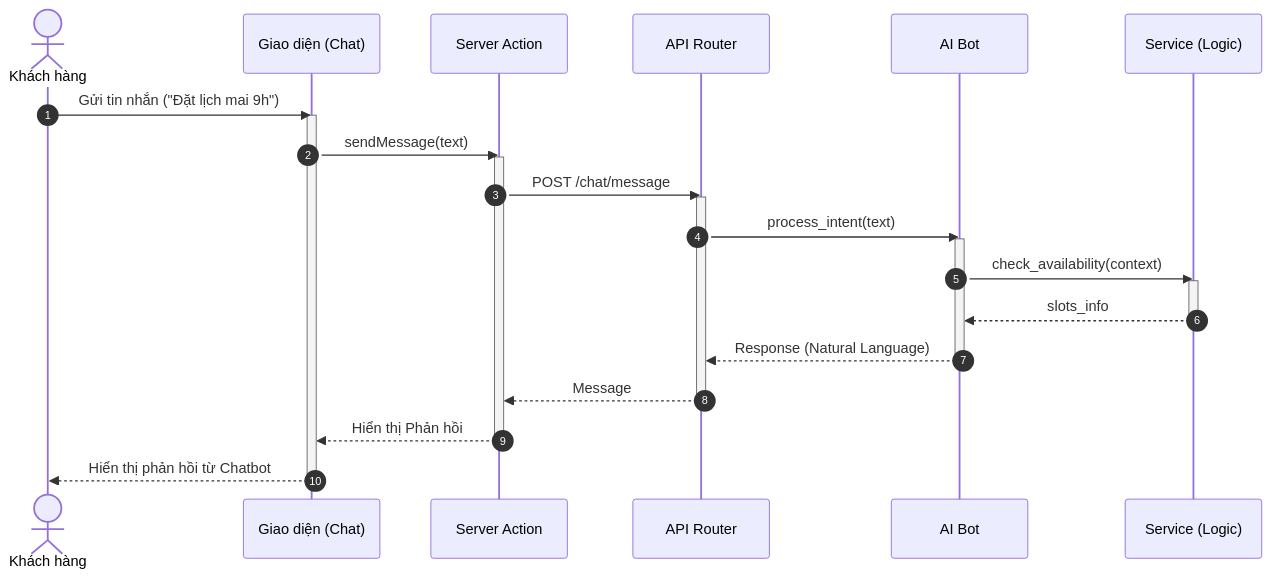
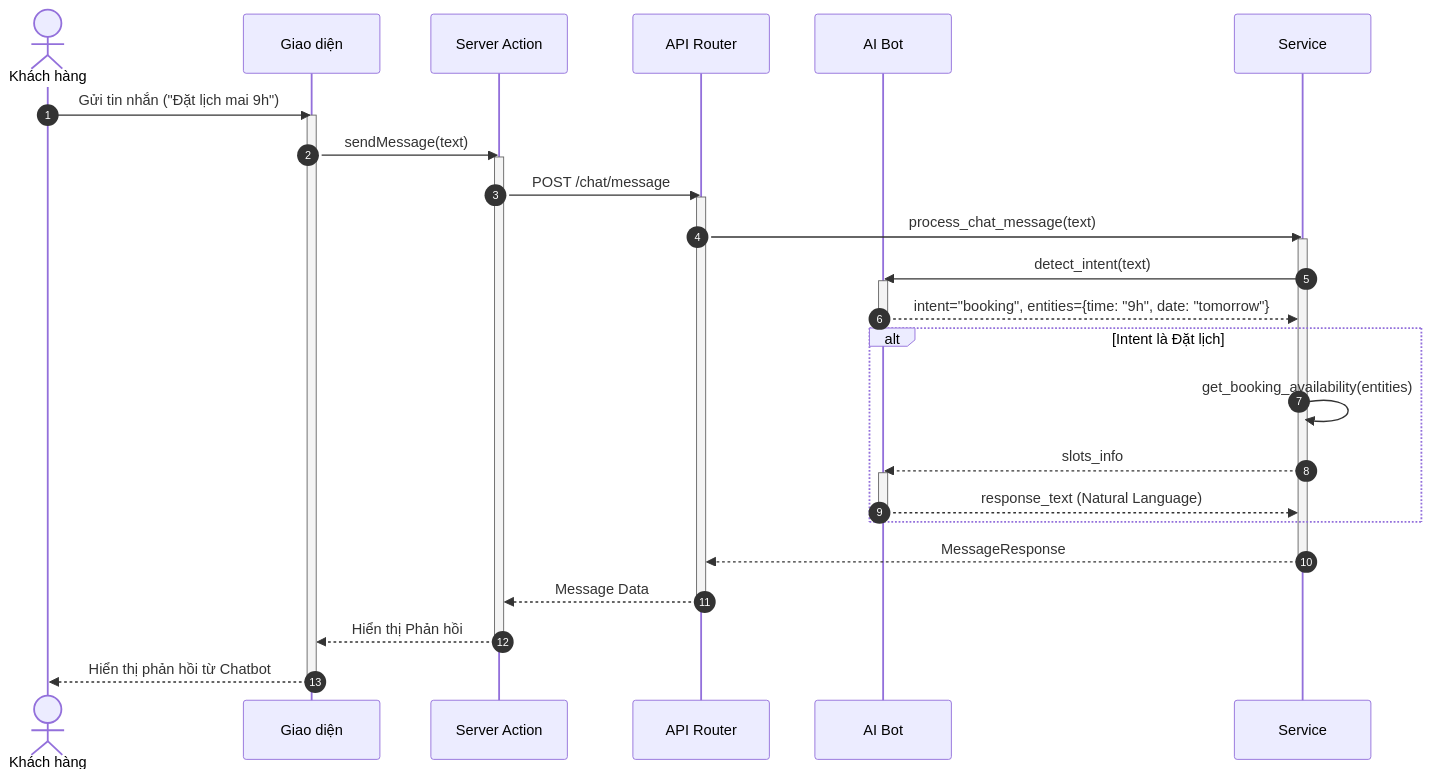
Before and after one commit to ngoctinn/Synapse: the fifth of 8 diagrams in docs/design/sequences/customer_flows.md, drawn with Mermaid. The commit also changed other lines of this file and 4 other files, not shown here.

Commit message:
docs: Add initial sequence diagrams for authentication, admin, customer, receptionist, and technician flows.

````diff
--- a/docs/design/sequences/customer_flows.md
+++ b/docs/design/sequences/customer_flows.md
@@ -218,36 +218,46 @@
 ```mermaid
 sequenceDiagram
     autonumber
     actor KH as Khách hàng
-    participant UI as Giao diện (Chat)
+    participant UI as Giao diện
     participant BFF as Server Action
     participant API as API Router
     participant AI as AI Bot
-    participant S as Service (Logic)
+    participant S as Service
 
     KH->>UI: Gửi tin nhắn ("Đặt lịch mai 9h")
     activate UI
     UI->>BFF: sendMessage(text)
     activate BFF
 
     BFF->>API: POST /chat/message
     activate API
 
-    API->>AI: process_intent(text)
+    API->>S: process_chat_message(text)
+    activate S
+
+    S->>AI: detect_intent(text)
     activate AI
-    AI->>S: check_availability(context)
-    activate S
-    S-->>AI: slots_info
-    deactivate S
-    AI-->>API: Response (Natural Language)
+    AI-->>S: intent="booking", entities={time: "9h", date: "tomorrow"}
     deactivate AI
 
-    API-->>BFF: Message
+    alt Intent là Đặt lịch
+        S->>S: get_booking_availability(entities)
+        S-->>AI: slots_info
+        activate AI
+        AI-->>S: response_text (Natural Language)
+        deactivate AI
+    end
+
+    S-->>API: MessageResponse
+    deactivate S
+
+    API-->>BFF: Message Data
     deactivate API
 
     BFF-->>UI: Hiển thị Phản hồi
     deactivate BFF
 
     UI-->>KH: Hiển thị phản hồi từ Chatbot
     deactivate UI
 ```
````
